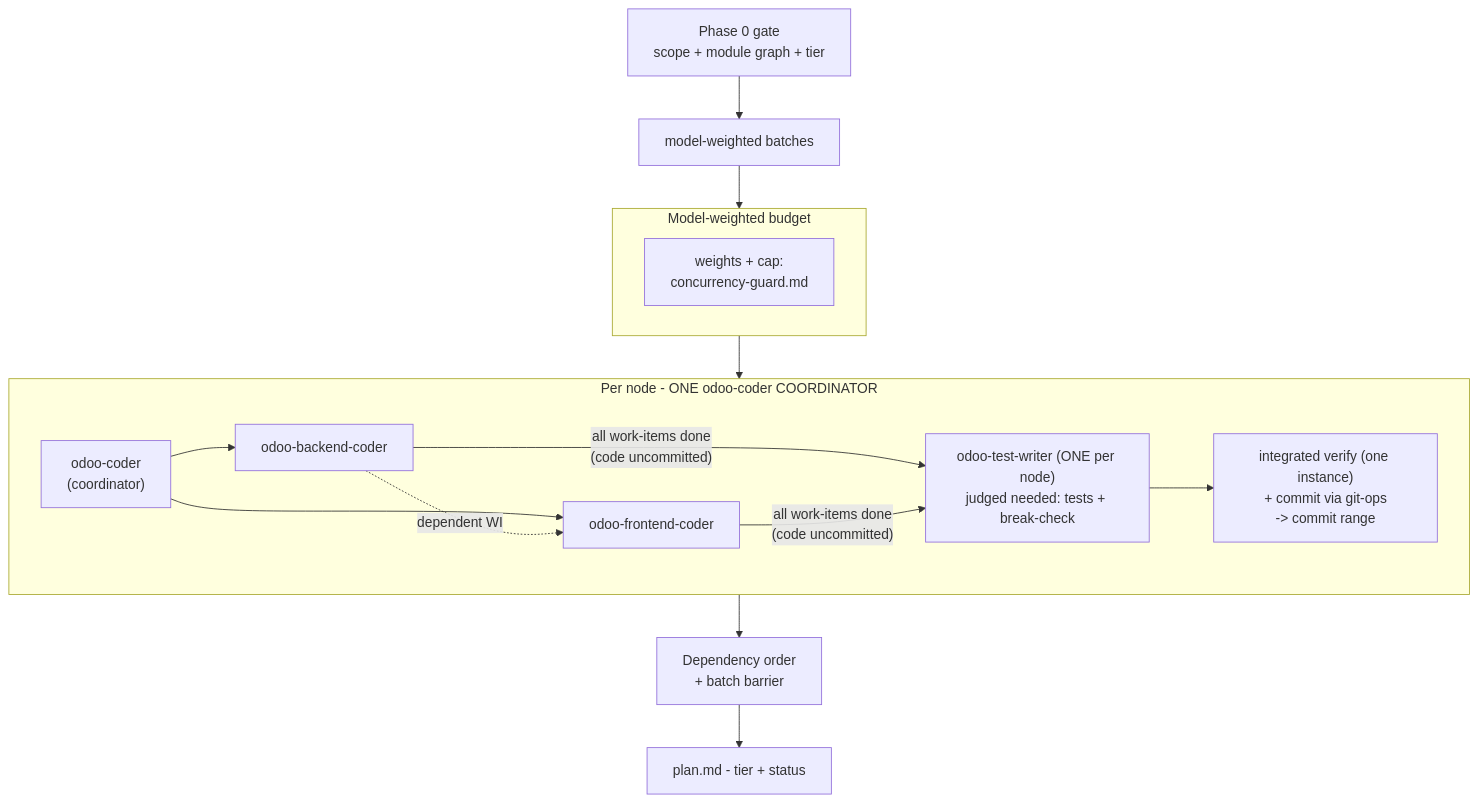
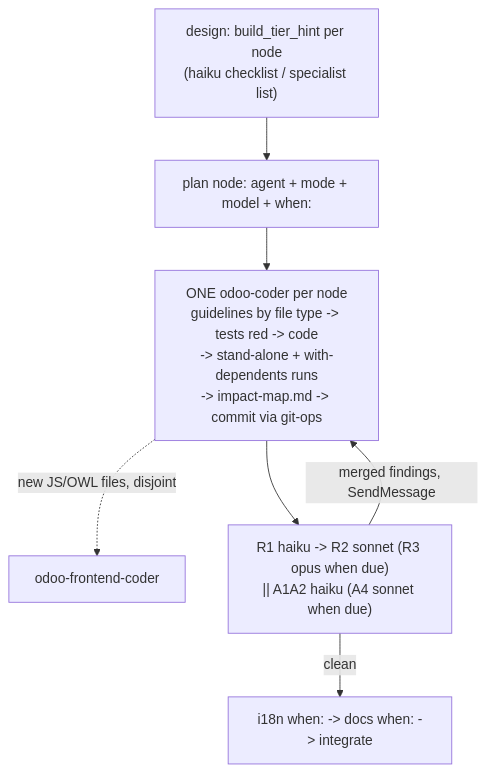
One commit to Viindoo/odoo-mcp-client changed the second of 9 diagrams in plugins/odoo-ai-agents/README.md. Above: the diagram before and after it, drawn with Mermaid. The commit also changed other lines of this file and 23 other files, not shown here.

First line of the commit message:
docs(odoo-ai-agents): counts, generated map and acceptance scenarios

````diff
--- a/plugins/odoo-ai-agents/README.md
+++ b/plugins/odoo-ai-agents/README.md
@@ -290,24 +280,10 @@
 ```mermaid
 flowchart TD
-    GATE["Phase 0 gate<br/>scope + module graph + tier"]
-    GATE --> BATCH["model-weighted batches"]
-
-    subgraph BUDGET["Model-weighted budget"]
-        W["weights + cap:<br/>concurrency-guard.md"]
-    end
-
-    BATCH --> BUDGET
-
-    subgraph PERMOD["Per node - ONE odoo-coder COORDINATOR"]
-        COORD["odoo-coder<br/>(coordinator)"] --> BE["odoo-backend-coder"]
-        COORD --> FE["odoo-frontend-coder"]
-        BE -.->|"dependent WI"| FE
-        BE -->|"all work-items done<br/>(code uncommitted)"| TW["odoo-test-writer (ONE per node)<br/>judged needed: tests + break-check"]
-        FE -->|"all work-items done<br/>(code uncommitted)"| TW
-        TW --> VER["integrated verify (one instance)<br/>+ commit via git-ops<br/>-> commit range"]
-    end
-
-    BUDGET --> PERMOD
-    PERMOD --> DEP["Dependency order<br/>+ batch barrier"]
-    DEP --> PLAN["plan.md - tier + status"]
+    DES["design: build_tier_hint per node<br/>(haiku checklist / specialist list)"]
+    DES --> PLAN["plan node: agent + mode + model + when:"]
+    PLAN --> NODE["ONE odoo-coder per node<br/>guidelines by file type -> tests red -> code<br/>-> stand-alone + with-dependents runs<br/>-> impact-map.md -> commit via git-ops"]
+    NODE -.->|"new JS/OWL files, disjoint"| FE["odoo-frontend-coder"]
+    NODE --> REV["R1 haiku -> R2 sonnet (R3 opus when due)<br/>|| A1A2 haiku (A4 sonnet when due)"]
+    REV -->|"merged findings, SendMessage"| NODE
+    REV -->|"clean"| TAIL["i18n when: -> docs when: -> integrate"]
 ```
````
